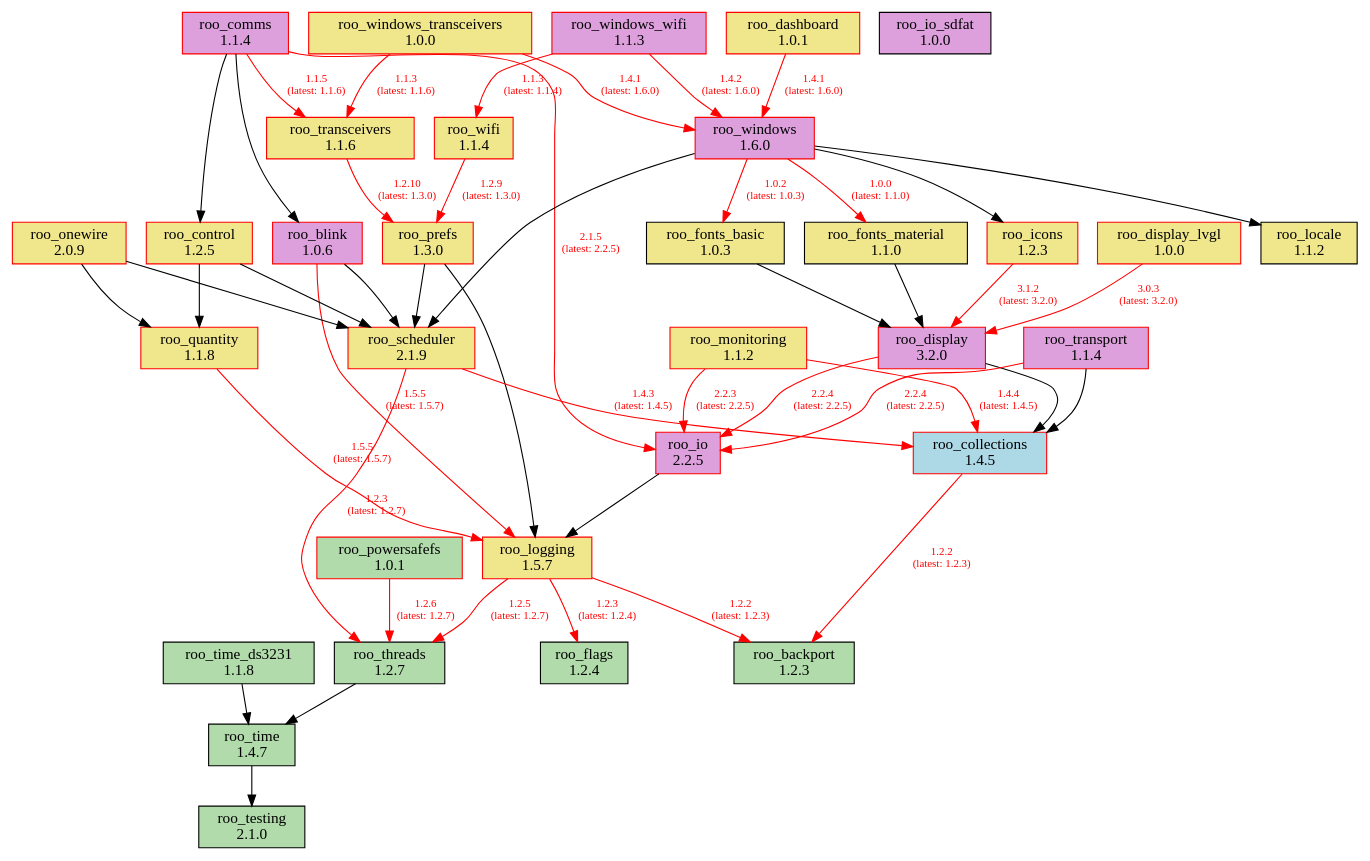
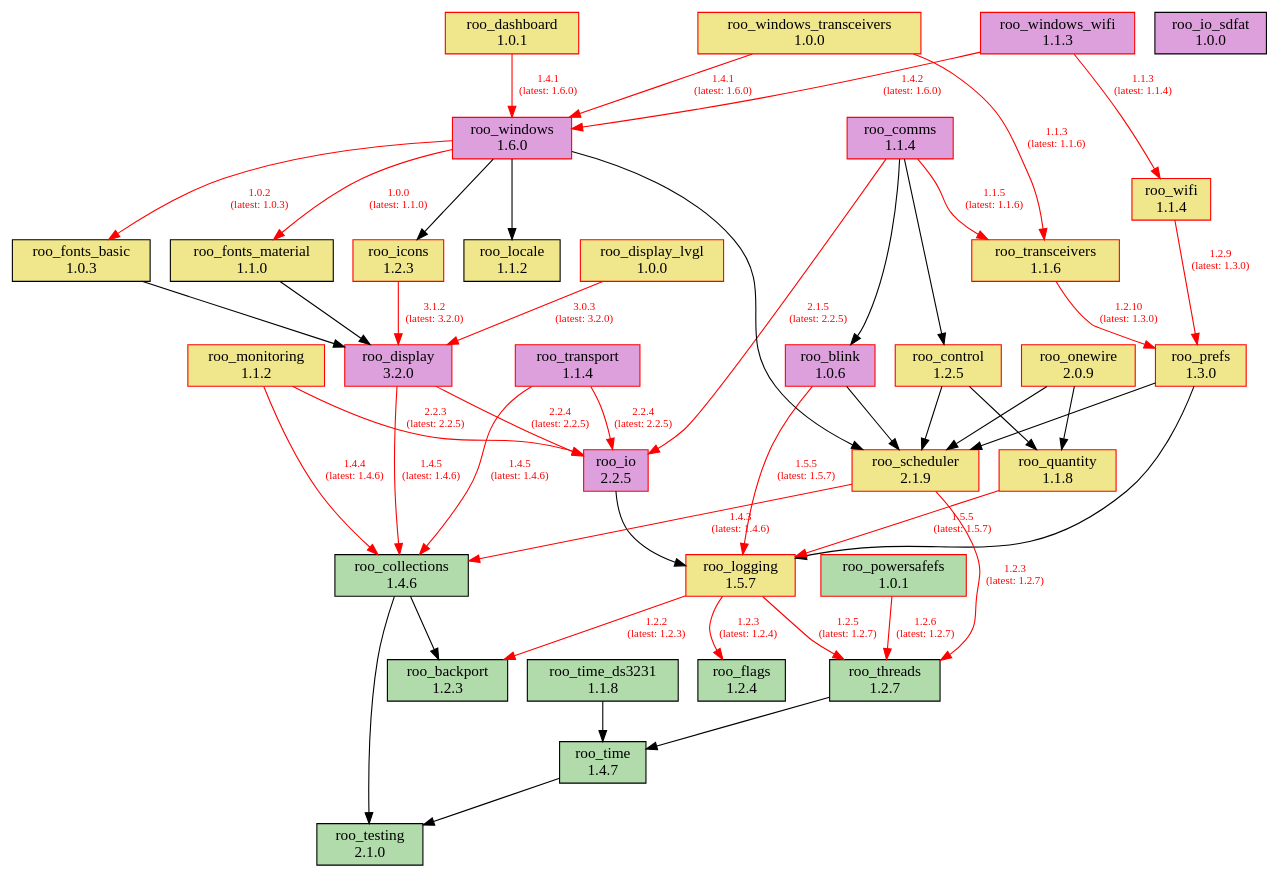
The diagram in doc/dependencies.dot (dejwk/roo-registry), drawn with Graphviz before and after one commit. The commit also changed 3 other files, not shown here.

Commit message:
Added roo_collections 1.4.6 to the registry.

```diff
--- a/doc/dependencies.dot
+++ b/doc/dependencies.dot
@@ -1,87 +1,88 @@
 digraph dependencies {
     rankdir=TB;
     node [shape=box, style=filled];
     edge [fontsize=10];
 
     // Modules
     "roo_backport" [label="roo_backport\n1.2.3", fillcolor="#b1dbab", color="black"];
     "roo_blink" [label="roo_blink\n1.0.6", fillcolor="plum", color="red"];
-    "roo_collections" [label="roo_collections\n1.4.5", fillcolor="lightblue", color="red"];
+    "roo_collections" [label="roo_collections\n1.4.6", fillcolor="#b1dbab", color="black"];
     "roo_comms" [label="roo_comms\n1.1.4", fillcolor="plum", color="red"];
     "roo_control" [label="roo_control\n1.2.5", fillcolor="khaki", color="red"];
     "roo_dashboard" [label="roo_dashboard\n1.0.1", fillcolor="khaki", color="red"];
     "roo_display" [label="roo_display\n3.2.0", fillcolor="plum", color="red"];
     "roo_display_lvgl" [label="roo_display_lvgl\n1.0.0", fillcolor="khaki", color="red"];
     "roo_flags" [label="roo_flags\n1.2.4", fillcolor="#b1dbab", color="black"];
     "roo_fonts_basic" [label="roo_fonts_basic\n1.0.3", fillcolor="khaki", color="black"];
     "roo_fonts_material" [label="roo_fonts_material\n1.1.0", fillcolor="khaki", color="black"];
     "roo_icons" [label="roo_icons\n1.2.3", fillcolor="khaki", color="red"];
     "roo_io" [label="roo_io\n2.2.5", fillcolor="plum", color="red"];
     "roo_io_sdfat" [label="roo_io_sdfat\n1.0.0", fillcolor="plum", color="black"];
     "roo_locale" [label="roo_locale\n1.1.2", fillcolor="khaki", color="black"];
     "roo_logging" [label="roo_logging\n1.5.7", fillcolor="khaki", color="red"];
     "roo_monitoring" [label="roo_monitoring\n1.1.2", fillcolor="khaki", color="red"];
     "roo_onewire" [label="roo_onewire\n2.0.9", fillcolor="khaki", color="red"];
     "roo_powersafefs" [label="roo_powersafefs\n1.0.1", fillcolor="#b1dbab", color="red"];
     "roo_prefs" [label="roo_prefs\n1.3.0", fillcolor="khaki", color="red"];
     "roo_quantity" [label="roo_quantity\n1.1.8", fillcolor="khaki", color="red"];
     "roo_scheduler" [label="roo_scheduler\n2.1.9", fillcolor="khaki", color="red"];
     "roo_testing" [label="roo_testing\n2.1.0", fillcolor="#b1dbab", color="black"];
     "roo_threads" [label="roo_threads\n1.2.7", fillcolor="#b1dbab", color="black"];
     "roo_time" [label="roo_time\n1.4.7", fillcolor="#b1dbab", color="black"];
     "roo_time_ds3231" [label="roo_time_ds3231\n1.1.8", fillcolor="#b1dbab", color="black"];
     "roo_transceivers" [label="roo_transceivers\n1.1.6", fillcolor="khaki", color="red"];
     "roo_transport" [label="roo_transport\n1.1.4", fillcolor="plum", color="red"];
     "roo_wifi" [label="roo_wifi\n1.1.4", fillcolor="khaki", color="red"];
     "roo_windows" [label="roo_windows\n1.6.0", fillcolor="plum", color="red"];
     "roo_windows_transceivers" [label="roo_windows_transceivers\n1.0.0", fillcolor="khaki", color="red"];
     "roo_windows_wifi" [label="roo_windows_wifi\n1.1.3", fillcolor="plum", color="red"];
 
     // Dependencies
     "roo_blink" -> "roo_logging" [color=red, fontcolor=red, label="1.5.5\n(latest: 1.5.7)"];
     "roo_blink" -> "roo_scheduler";
-    "roo_collections" -> "roo_backport" [color=red, fontcolor=red, label="1.2.2\n(latest: 1.2.3)"];
+    "roo_collections" -> "roo_testing";
+    "roo_collections" -> "roo_backport";
     "roo_comms" -> "roo_blink";
     "roo_comms" -> "roo_control";
     "roo_comms" -> "roo_io" [color=red, fontcolor=red, label="2.1.5\n(latest: 2.2.5)"];
     "roo_comms" -> "roo_transceivers" [color=red, fontcolor=red, label="1.1.5\n(latest: 1.1.6)"];
     "roo_control" -> "roo_quantity";
     "roo_control" -> "roo_scheduler";
     "roo_dashboard" -> "roo_windows" [color=red, fontcolor=red, label="1.4.1\n(latest: 1.6.0)"];
-    "roo_display" -> "roo_collections";
+    "roo_display" -> "roo_collections" [color=red, fontcolor=red, label="1.4.5\n(latest: 1.4.6)"];
     "roo_display" -> "roo_io" [color=red, fontcolor=red, label="2.2.4\n(latest: 2.2.5)"];
     "roo_display_lvgl" -> "roo_display" [color=red, fontcolor=red, label="3.0.3\n(latest: 3.2.0)"];
     "roo_fonts_basic" -> "roo_display";
     "roo_fonts_material" -> "roo_display";
     "roo_icons" -> "roo_display" [color=red, fontcolor=red, label="3.1.2\n(latest: 3.2.0)"];
     "roo_io" -> "roo_logging";
     "roo_logging" -> "roo_backport" [color=red, fontcolor=red, label="1.2.2\n(latest: 1.2.3)"];
     "roo_logging" -> "roo_flags" [color=red, fontcolor=red, label="1.2.3\n(latest: 1.2.4)"];
     "roo_logging" -> "roo_threads" [color=red, fontcolor=red, label="1.2.5\n(latest: 1.2.7)"];
-    "roo_monitoring" -> "roo_collections" [color=red, fontcolor=red, label="1.4.4\n(latest: 1.4.5)"];
+    "roo_monitoring" -> "roo_collections" [color=red, fontcolor=red, label="1.4.4\n(latest: 1.4.6)"];
     "roo_monitoring" -> "roo_io" [color=red, fontcolor=red, label="2.2.3\n(latest: 2.2.5)"];
     "roo_onewire" -> "roo_scheduler";
     "roo_onewire" -> "roo_quantity";
     "roo_powersafefs" -> "roo_threads" [color=red, fontcolor=red, label="1.2.6\n(latest: 1.2.7)"];
     "roo_prefs" -> "roo_logging";
     "roo_prefs" -> "roo_scheduler";
     "roo_quantity" -> "roo_logging" [color=red, fontcolor=red, label="1.5.5\n(latest: 1.5.7)"];
-    "roo_scheduler" -> "roo_collections" [color=red, fontcolor=red, label="1.4.3\n(latest: 1.4.5)"];
+    "roo_scheduler" -> "roo_collections" [color=red, fontcolor=red, label="1.4.3\n(latest: 1.4.6)"];
     "roo_scheduler" -> "roo_threads" [color=red, fontcolor=red, label="1.2.3\n(latest: 1.2.7)"];
     "roo_threads" -> "roo_time";
     "roo_time" -> "roo_testing";
     "roo_time_ds3231" -> "roo_time";
     "roo_transceivers" -> "roo_prefs" [color=red, fontcolor=red, label="1.2.10\n(latest: 1.3.0)"];
-    "roo_transport" -> "roo_collections";
+    "roo_transport" -> "roo_collections" [color=red, fontcolor=red, label="1.4.5\n(latest: 1.4.6)"];
     "roo_transport" -> "roo_io" [color=red, fontcolor=red, label="2.2.4\n(latest: 2.2.5)"];
     "roo_wifi" -> "roo_prefs" [color=red, fontcolor=red, label="1.2.9\n(latest: 1.3.0)"];
     "roo_windows" -> "roo_fonts_basic" [color=red, fontcolor=red, label="1.0.2\n(latest: 1.0.3)"];
     "roo_windows" -> "roo_fonts_material" [color=red, fontcolor=red, label="1.0.0\n(latest: 1.1.0)"];
     "roo_windows" -> "roo_locale";
     "roo_windows" -> "roo_icons";
     "roo_windows" -> "roo_scheduler";
     "roo_windows_transceivers" -> "roo_transceivers" [color=red, fontcolor=red, label="1.1.3\n(latest: 1.1.6)"];
     "roo_windows_transceivers" -> "roo_windows" [color=red, fontcolor=red, label="1.4.1\n(latest: 1.6.0)"];
     "roo_windows_wifi" -> "roo_wifi" [color=red, fontcolor=red, label="1.1.3\n(latest: 1.1.4)"];
     "roo_windows_wifi" -> "roo_windows" [color=red, fontcolor=red, label="1.4.2\n(latest: 1.6.0)"];
 }
```
